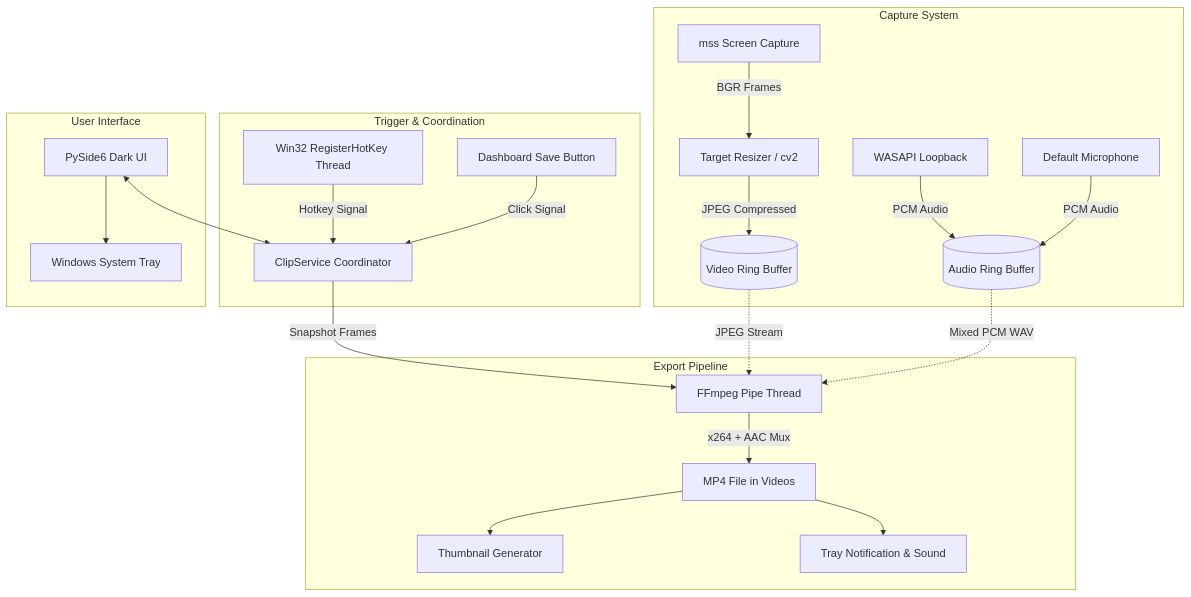
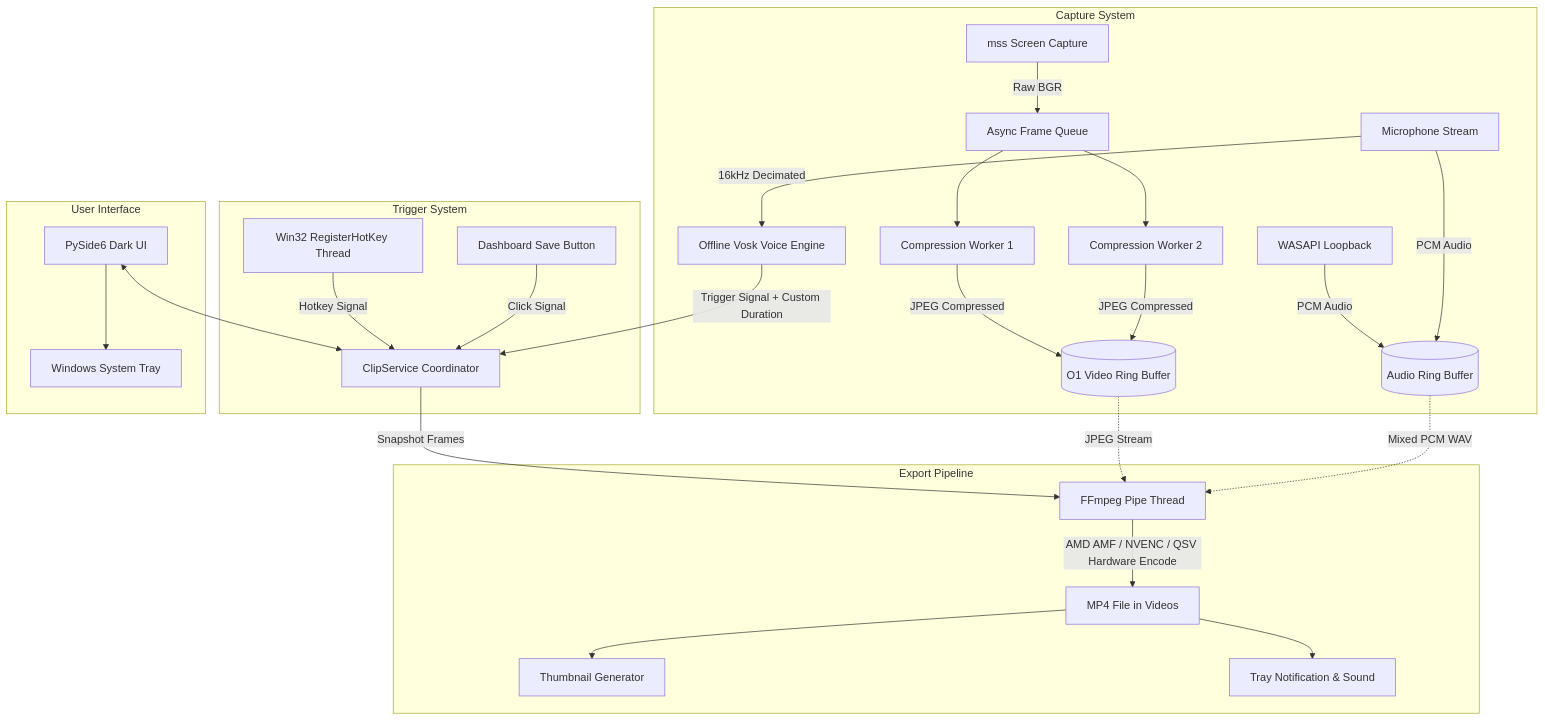
The diagram in README.md (Flopper1-1/screenclipper), drawn with Mermaid before and after one commit. The commit also changed other lines of this file and 14 other files, not shown here.

Commit message:
feat: add configurable voice clipping, hardware-accelerated encoding, and async capture pipeline

````diff
--- a/README.md
+++ b/README.md
@@ -101,28 +115,32 @@
 ```mermaid
 flowchart TD
     subgraph Capture System
-        SCT[mss Screen Capture] -->|BGR Frames| RSZ[Target Resizer / cv2]
-        RSZ -->|JPEG Compressed| VBUF[(Video Ring Buffer)]
+        SCT[mss Screen Capture] -->|Raw BGR| QUEUE[Async Frame Queue]
+        QUEUE --> W1[Compression Worker 1]
+        QUEUE --> W2[Compression Worker 2]
+        W1 & W2 -->|JPEG Compressed| VBUF[(O1 Video Ring Buffer)]
         WSP[WASAPI Loopback] -->|PCM Audio| ABUF[(Audio Ring Buffer)]
-        MIC[Default Microphone] -->|PCM Audio| ABUF
+        MIC[Microphone Stream] -->|PCM Audio| ABUF
+        MIC -->|16kHz Decimated| VE[Offline Vosk Voice Engine]
     end
 
-    subgraph Trigger & Coordination
+    subgraph Trigger System
         HK[Win32 RegisterHotKey Thread] -->|Hotkey Signal| CS[ClipService Coordinator]
+        VE -->|Trigger Signal + Custom Duration| CS
         UI_BTN[Dashboard Save Button] -->|Click Signal| CS
     end
 
     subgraph Export Pipeline
         CS -->|Snapshot Frames| FF_IN[FFmpeg Pipe Thread]
         VBUF -.->|JPEG Stream| FF_IN
         ABUF -.->|Mixed PCM WAV| FF_IN
-        FF_IN -->|x264 + AAC Mux| OUT[MP4 File in Videos]
+        FF_IN -->|AMD AMF / NVENC / QSV Hardware Encode| OUT[MP4 File in Videos]
         OUT --> THUMB[Thumbnail Generator]
         OUT --> NOTIF[Tray Notification & Sound]
     end
 
     subgraph User Interface
         UI[PySide6 Dark UI] <--> CS
         UI --> TRAY[Windows System Tray]
     end
 ```
````
